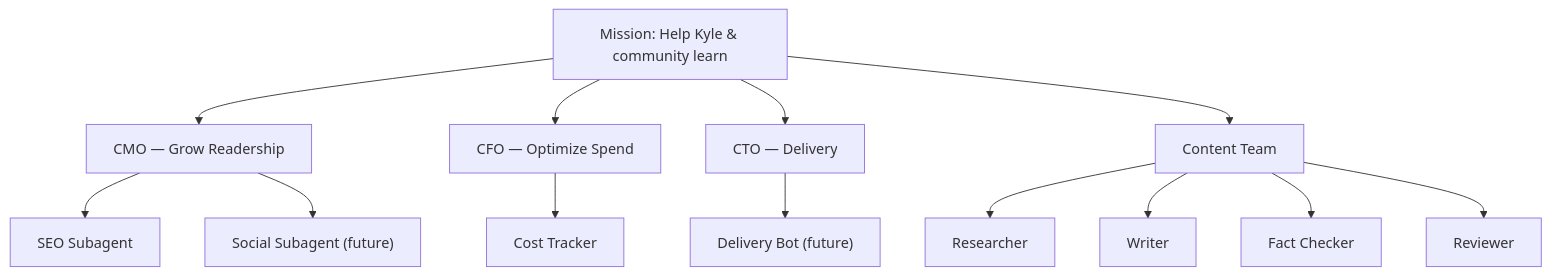
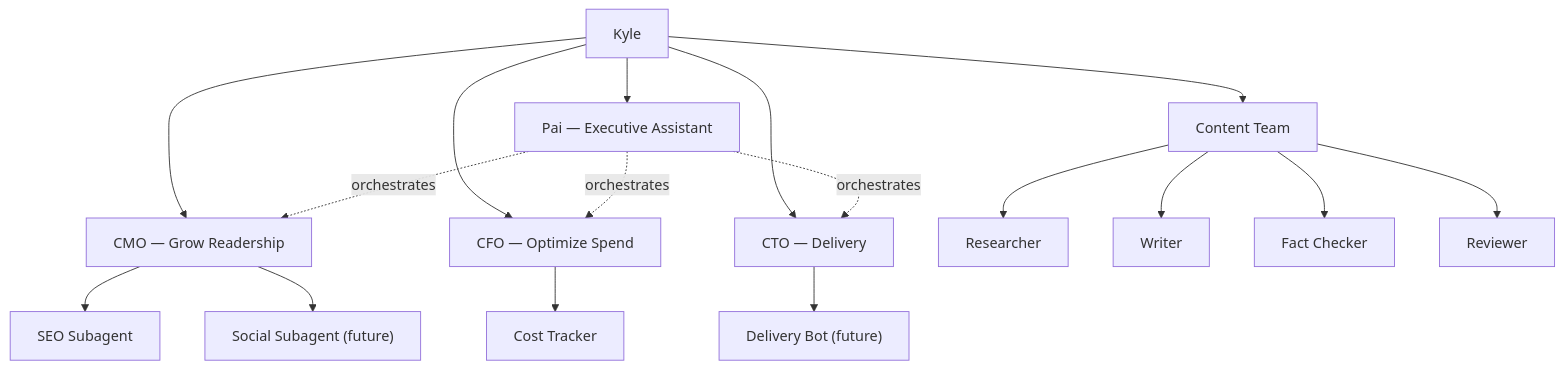
The diagram in apps/blog/blog/markdown/wiki/projects/agent-team/index.md (kylep/multi), drawn with Mermaid before and after one commit. The commit also changed other lines of this file and 5 other files, not shown here.

First line of the commit message:
Add Pai orchestration agent and agent-org-chart blog post

````diff
--- a/apps/blog/blog/markdown/wiki/projects/agent-team/index.md
+++ b/apps/blog/blog/markdown/wiki/projects/agent-team/index.md
@@ -34,33 +36,39 @@
 ```mermaid
 graph TD
-    Mission["Mission: Help Kyle & community learn"]
+    Kyle["Kyle"]
+    Pai["Pai — Executive Assistant"]
     CMO["CMO — Grow Readership"]
     CFO["CFO — Optimize Spend"]
     CTO["CTO — Delivery"]
     Content["Content Team"]
 
     SEO["SEO Subagent"]
     Social["Social Subagent (future)"]
     CostTracker["Cost Tracker"]
     DeliveryBot["Delivery Bot (future)"]
 
     Researcher["Researcher"]
     Writer["Writer"]
     FactChecker["Fact Checker"]
     Reviewer["Reviewer"]
 
-    Mission --> CMO
-    Mission --> CFO
-    Mission --> CTO
-    Mission --> Content
+    Kyle --> Pai
+    Kyle --> CMO
+    Kyle --> CFO
+    Kyle --> CTO
+    Kyle --> Content
+
+    Pai -.->|orchestrates| CMO
+    Pai -.->|orchestrates| CFO
+    Pai -.->|orchestrates| CTO
 
     CMO --> SEO
     CMO --> Social
     CFO --> CostTracker
     CTO --> DeliveryBot
 
     Content --> Researcher
     Content --> Writer
     Content --> FactChecker
     Content --> Reviewer
 ```
````
